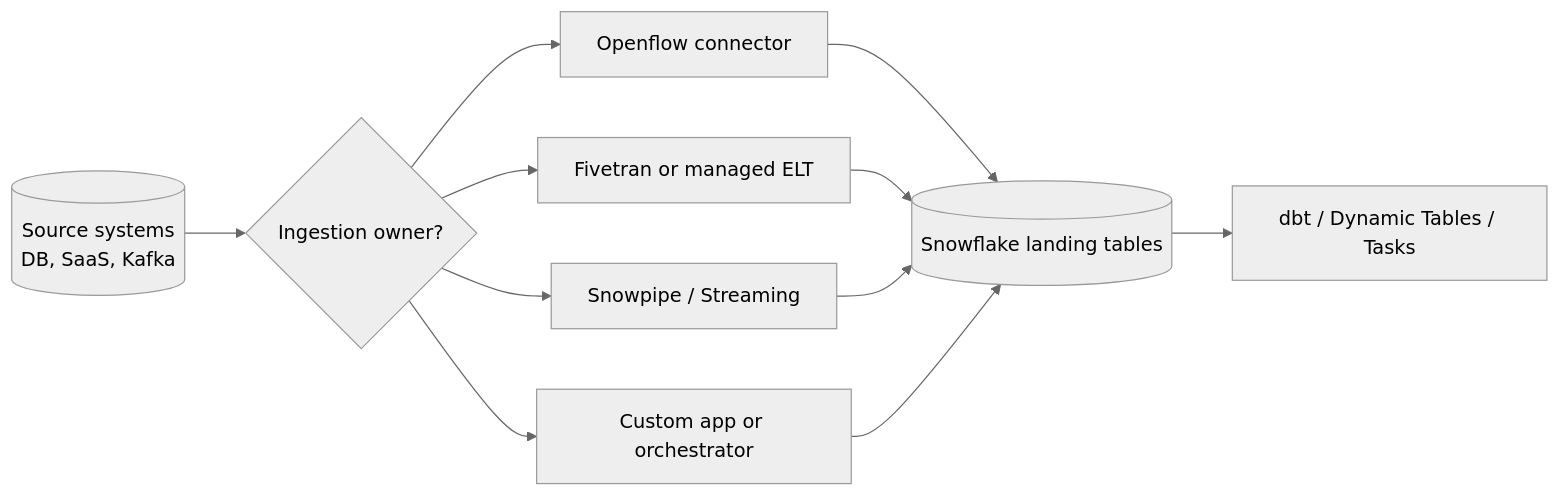
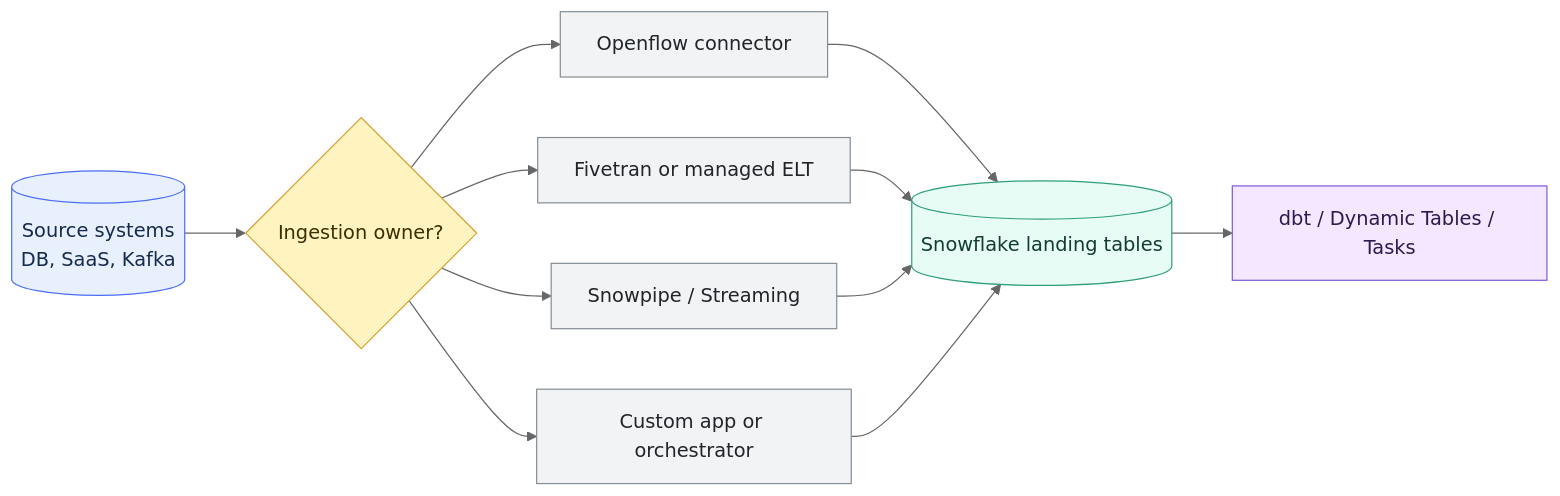
Before and after one commit to shonningsoy/Upskill: the diagram in 01 Snowflake/04 Data Engineering/27 Openflow and Source Connectors.md, drawn with Mermaid (neutral theme). The commit also changed other lines of this file and 14 other files, not shown here.

````diff
--- a/01 Snowflake/04 Data Engineering/27 Openflow and Source Connectors.md
+++ b/01 Snowflake/04 Data Engineering/27 Openflow and Source Connectors.md
@@ -61,13 +64,24 @@
 ```mermaid
 flowchart LR
     SRC[(Source systems<br/>DB, SaaS, Kafka)] --> CHOICE{Ingestion owner?}
     CHOICE --> OF[Openflow connector]
     CHOICE --> FT[Fivetran or managed ELT]
     CHOICE --> SP[Snowpipe / Streaming]
     CHOICE --> CUSTOM[Custom app or orchestrator]
     OF --> RAW[(Snowflake landing tables)]
     FT --> RAW
     SP --> RAW
     CUSTOM --> RAW
     RAW --> MODEL[dbt / Dynamic Tables / Tasks]
+
+    classDef input fill:#E8F0FE,stroke:#4C6EF5,color:#172B4D
+    classDef control fill:#FFF3BF,stroke:#D69E2E,color:#3D2E00
+    classDef snowflake fill:#E6FCF5,stroke:#2F9E7B,color:#123C34
+    classDef platform fill:#F1F3F5,stroke:#868E96,color:#212529
+    classDef output fill:#F3E8FF,stroke:#805AD5,color:#2D1B4E
+    class SRC input
+    class CHOICE control
+    class OF,FT,SP,CUSTOM platform
+    class RAW snowflake
+    class MODEL output
 ```
````
